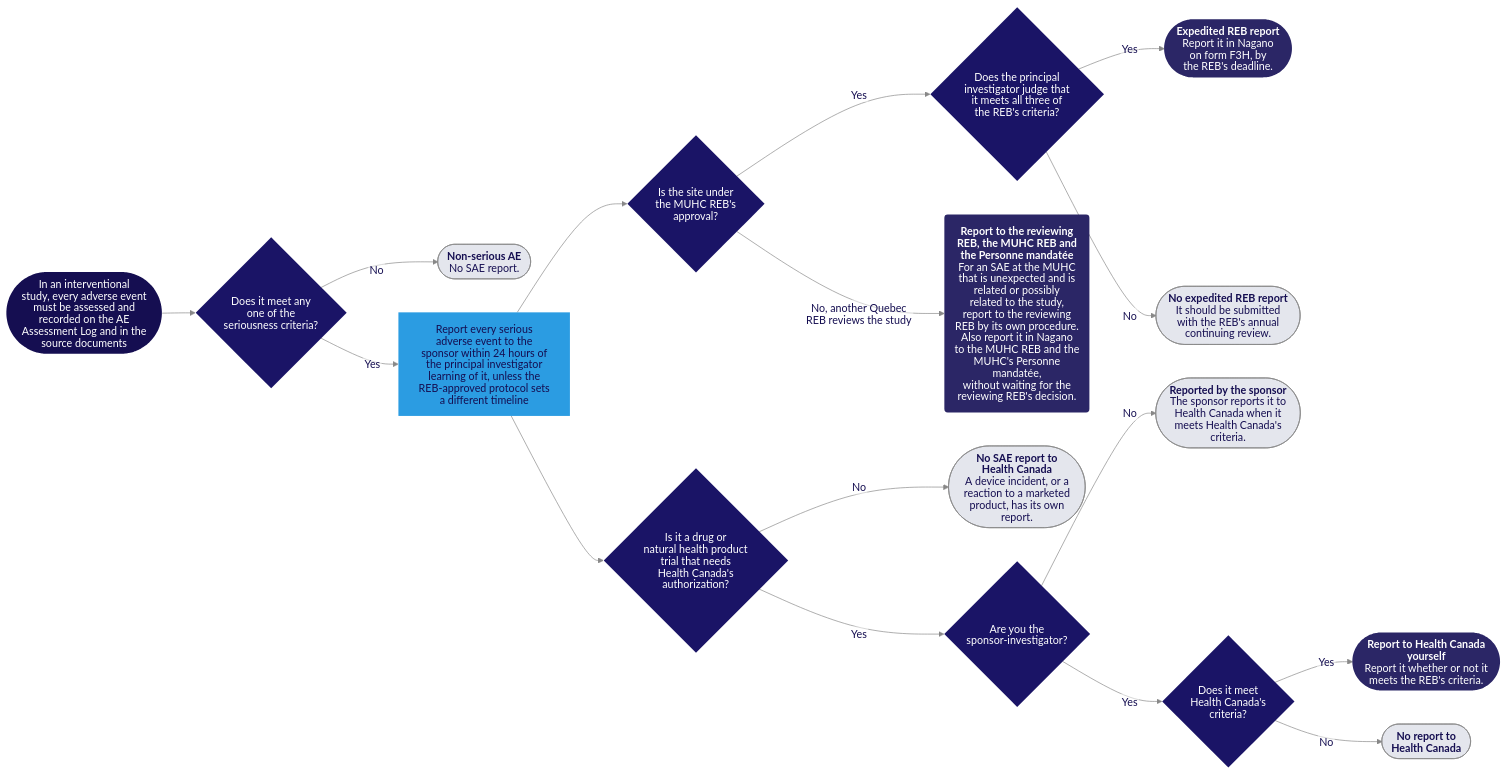
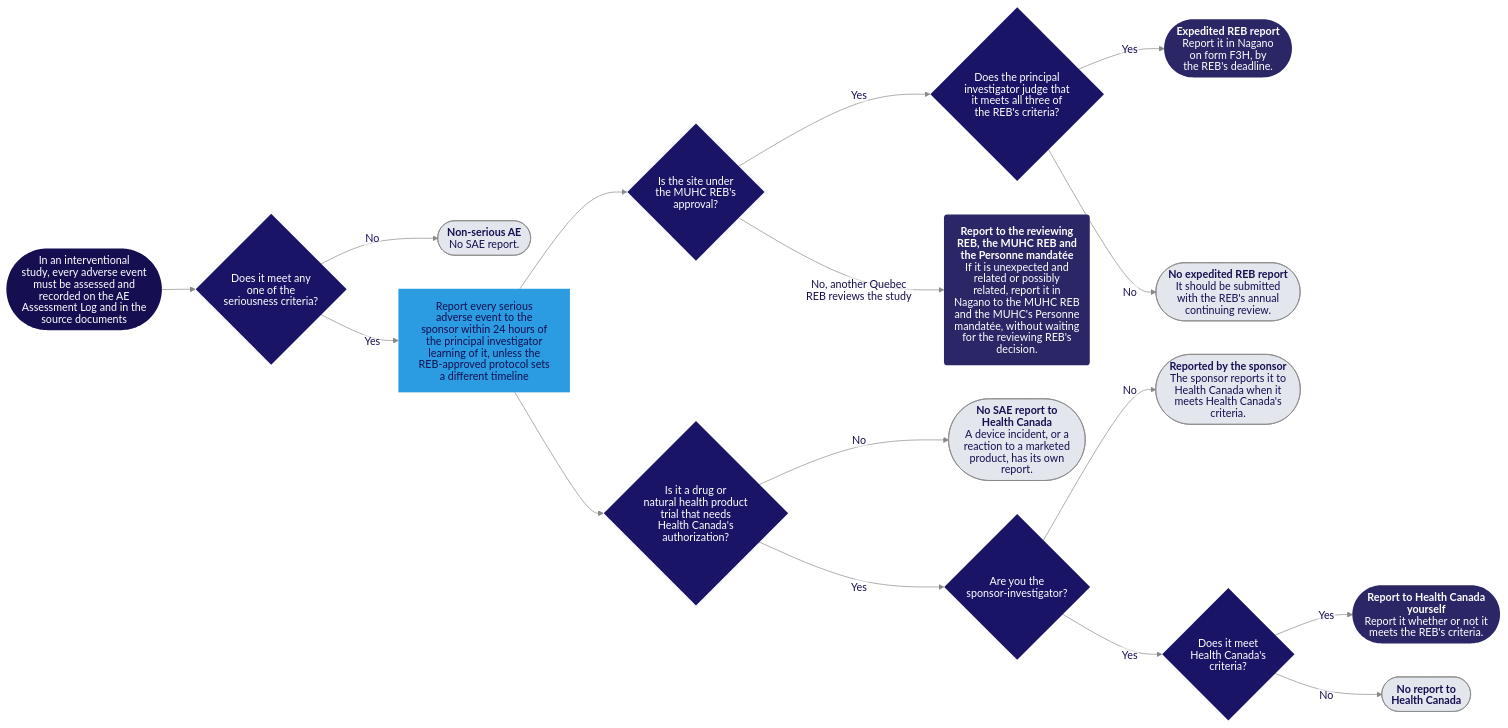
One commit to matthewfiorentino/docs changed the diagram in images/diagrams/adverse-event-reporting.mmd. Above: the diagram before and after it, drawn with Mermaid. The commit also changed 2 other files, not shown here.

Commit message:
U01 1664: a shorter adverse-event end box; the certificate diagram's lead-in cut
MF's notes (rows 361, 362); second readers b441, b442. Sheet b443.

```diff
--- a/images/diagrams/adverse-event-reporting.mmd
+++ b/images/diagrams/adverse-event-reporting.mmd
@@ -1,35 +1,35 @@
 %%{init: {'theme':'base','htmlLabels':false,'flowchart':{'htmlLabels':false,'subGraphTitleMargin':{'top':14,'bottom':10}},'themeVariables':{'primaryColor':'#2b2666','primaryTextColor':'#ffffff','primaryBorderColor':'#2b2666','lineColor':'#888','edgeLabelBackground':'#ffffff','titleColor':'#150e51','fontFamily':'system-ui,sans-serif'}}}%%
 flowchart LR
     S(["In an interventional<br/>study, every adverse event<br/>must be assessed and<br/>recorded on the AE<br/>Assessment Log and in the<br/>source documents"]) --> Q1{"Does it meet any<br/>one of the<br/>seriousness criteria?"}
     Q1 -->|"No"| E1(["`**Non-serious AE**<br/>No SAE report.`"])
     Q1 -->|"Yes"| SP["Report every serious<br/>adverse event to the<br/>sponsor within 24 hours of<br/>the principal investigator<br/>learning of it, unless the<br/>REB-approved protocol sets<br/>a different timeline"]
     SP --> QR{"Is the site under<br/>the MUHC REB's<br/>approval?"}
     SP --> Q3{"Is it a drug or<br/>natural health product<br/>trial that needs<br/>Health Canada's<br/>authorization?"}
     QR -->|"Yes"| Q2{"Does the principal<br/>investigator judge that<br/>it meets all three of<br/>the REB's criteria?"}
-    QR -->|"No, another Quebec<br/>REB reviews the study"| E8("`**Report to the reviewing**<br/>**REB, the MUHC REB and**<br/>**the Personne mandatée**<br/>For an SAE at the MUHC<br/>that is unexpected and is<br/>related or possibly<br/>related to the study,<br/>report to the reviewing<br/>REB by its own procedure.<br/>Also report it in Nagano<br/>to the MUHC REB and the<br/>MUHC's Personne mandatée,<br/>without waiting for the<br/>reviewing REB's decision.`")
+    QR -->|"No, another Quebec<br/>REB reviews the study"| E8("`**Report to the reviewing**<br/>**REB, the MUHC REB and**<br/>**the Personne mandatée**<br/>If it is unexpected and<br/>related or possibly<br/>related, report it in<br/>Nagano to the MUHC REB<br/>and the MUHC's Personne<br/>mandatée, without waiting<br/>for the reviewing REB's<br/>decision.`")
     Q2 -->|"Yes"| E2(["`**Expedited REB report**<br/>Report it in Nagano<br/>on form F3H, by<br/>the REB's deadline.`"])
     Q2 -->|"No"| E3(["`**No expedited REB report**<br/>It should be submitted<br/>with the REB's annual<br/>continuing review.`"])
     Q3 -->|"No"| E7(["`**No SAE report to**<br/>**Health Canada**<br/>A device incident, or a<br/>reaction to a marketed<br/>product, has its own<br/>report.`"])
     Q3 -->|"Yes"| Q4{"Are you the<br/>sponsor-investigator?"}
     Q4 -->|"No"| E4(["`**Reported by the sponsor**<br/>The sponsor reports it to<br/>Health Canada when it<br/>meets Health Canada's<br/>criteria.`"])
     Q4 -->|"Yes"| Q5{"Does it meet<br/>Health Canada's<br/>criteria?"}
     Q5 -->|"Yes"| E5(["`**Report to Health Canada**<br/>**yourself**<br/>Report it whether or not it<br/>meets the REB's criteria.`"])
     Q5 -->|"No"| E6(["`**No report to**<br/>**Health Canada**`"])
 
     style S fill:#150e51,color:#fff,stroke:none
     style Q1 fill:#1a1466,color:#fff,stroke:none
     style QR fill:#1a1466,color:#fff,stroke:none
     style Q2 fill:#1a1466,color:#fff,stroke:none
     style Q3 fill:#1a1466,color:#fff,stroke:none
     style Q4 fill:#1a1466,color:#fff,stroke:none
     style Q5 fill:#1a1466,color:#fff,stroke:none
     style SP fill:#2b9ce2,color:#150e51,stroke:none
     style E1 fill:#e4e6ed,color:#150e51,stroke:#888
     style E2 fill:#2b2666,color:#fff,stroke:none
     style E3 fill:#e4e6ed,color:#150e51,stroke:#888
     style E4 fill:#e4e6ed,color:#150e51,stroke:#888
     style E5 fill:#2b2666,color:#fff,stroke:none
     style E6 fill:#e4e6ed,color:#150e51,stroke:#888
     style E7 fill:#e4e6ed,color:#150e51,stroke:#888
     style E8 fill:#2b2666,color:#fff,stroke:none
     linkStyle default color:#150e51
```
